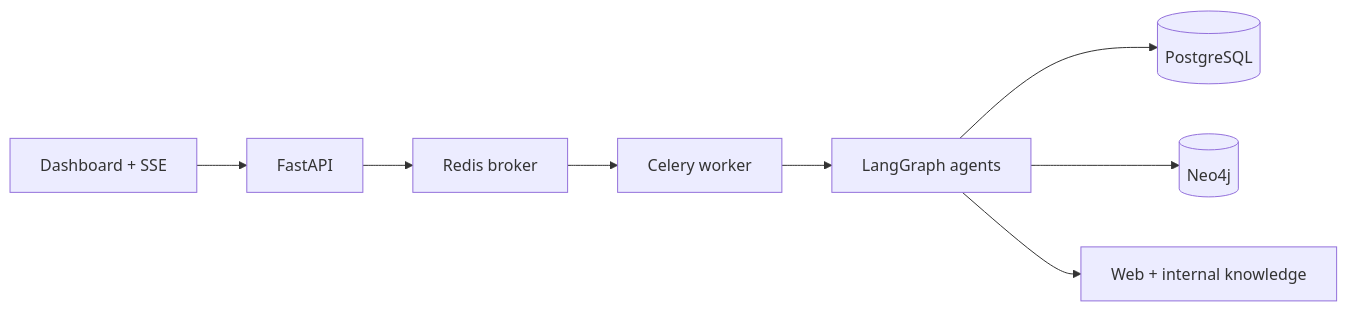
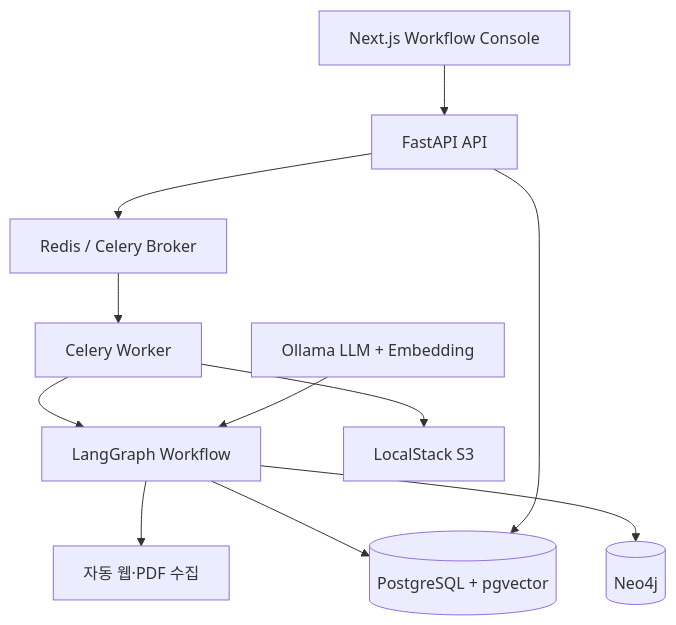
The second of 2 diagrams in README.md (choiseongjun/ProofGraphResearch), drawn with Mermaid before and after one commit. The commit also changed other lines of this file and 36 other files, not shown here.

````diff
--- a/README.md
+++ b/README.md
@@ -11,10 +57,13 @@
 ```mermaid
-flowchart LR
-  UI["Dashboard + SSE"] --> API[FastAPI]
-  API --> Redis[Redis broker]
-  Redis --> Worker[Celery worker]
-  Worker --> Graph[LangGraph agents]
-  Graph --> PG[(PostgreSQL)]
-  Graph --> Neo[(Neo4j)]
-  Graph --> Search[Web + internal knowledge]
+flowchart TB
+  UI[Next.js Workflow Console] --> API[FastAPI API]
+  API --> Q[Redis / Celery Broker]
+  Q --> W[Celery Worker]
+  W --> LG[LangGraph Workflow]
+  LG --> WEB[자동 웹·PDF 수집]
+  LG --> PG[(PostgreSQL + pgvector)]
+  LG --> NEO[(Neo4j)]
+  W --> S3[LocalStack S3]
+  API --> PG
+  OLLAMA[Ollama LLM + Embedding] --> LG
 ```
````
